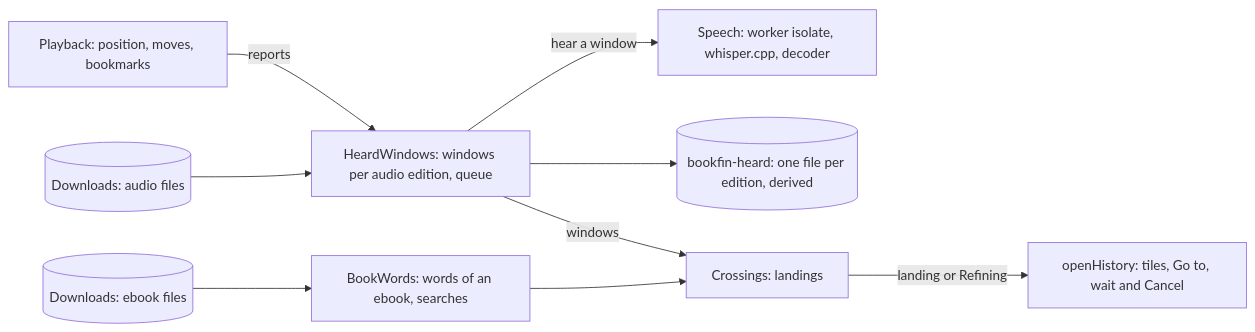
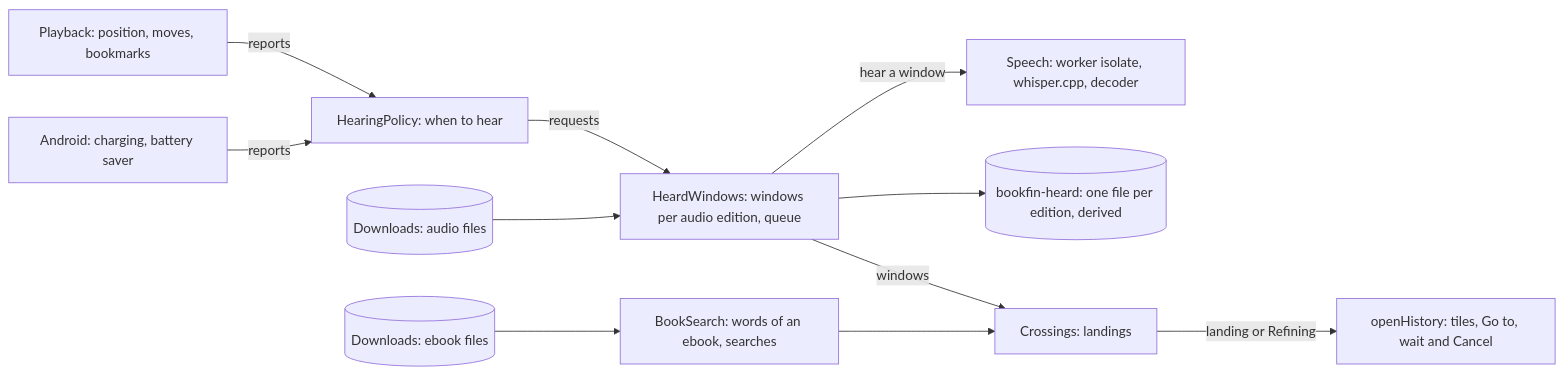
The third of 3 diagrams in docs/plans/cross-edition-places.md (alexispurslane/bookfin), drawn with Mermaid before and after one commit. The commit also changed other lines of this file and 34 other files, not shown here.

````diff
--- a/docs/plans/cross-edition-places.md
+++ b/docs/plans/cross-edition-places.md
@@ -899,11 +903,13 @@
 ```mermaid
 flowchart LR
-  P[Playback: position, moves, bookmarks] -- reports --> H[HeardWindows: windows per audio edition, queue]
+  P[Playback: position, moves, bookmarks] -- reports --> R[HearingPolicy: when to hear]
+  B[Android: charging, battery saver] -- reports --> R
+  R -- requests --> H[HeardWindows: windows per audio edition, queue]
   D[(Downloads: audio files)] --> H
   H -- hear a window --> S[Speech: worker isolate, whisper.cpp, decoder]
   H --> F[(bookfin-heard: one file per edition, derived)]
   H -- windows --> X[Crossings: landings]
-  E[(Downloads: ebook files)] --> W[BookWords: words of an ebook, searches]
+  E[(Downloads: ebook files)] --> W[BookSearch: words of an ebook, searches]
   W --> X
   X -- landing or Refining --> C[openHistory: tiles, Go to, wait and Cancel]
 ```
````
